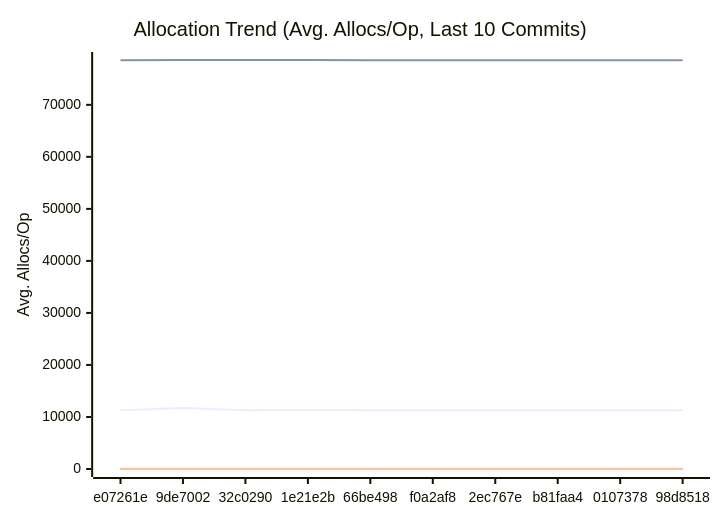
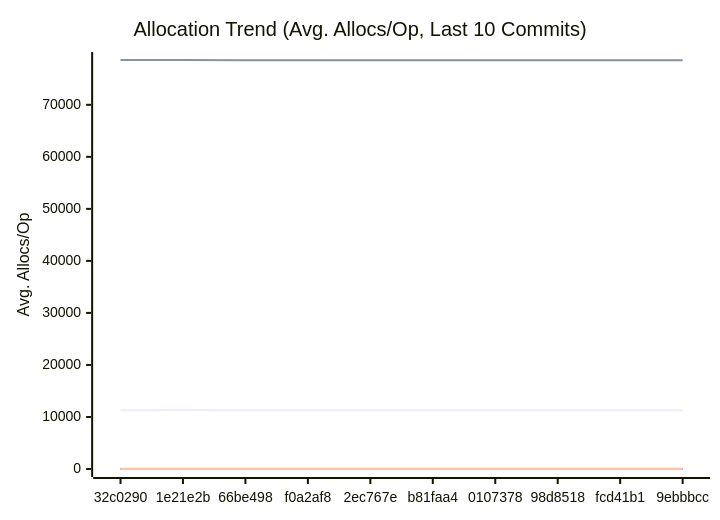
One commit to alsotoes/momo changed the third of 3 diagrams in docs/PERFORMANCE.md. Above: the diagram before and after it, drawn with Mermaid. The commit also changed other lines of this file and 4 other files, not shown here.

````diff
--- a/docs/PERFORMANCE.md
+++ b/docs/PERFORMANCE.md
@@ -197,20 +197,20 @@
 ```mermaid
 xychart-beta
     title "Allocation Trend (Avg. Allocs/Op, Last 10 Commits)"
     x-axis "Commit"
     y-axis "Avg. Allocs/Op"
-    x-axis [e07261e,9de7002,32c0290,1e21e2b,66be498,f0a2af8,2ec767e,b81faa4,0107378,98d8518]
-    line "AWSChunkedReaderSigned" [11316,11705,11290,11320,11284,11279,11295,11290,11295,11316]
-    line "AWSChunkedReaderUnsigned" [78590,78616,78594,78612,78570,78565,78569,78578,78577,78586]
+    x-axis [32c0290,1e21e2b,66be498,f0a2af8,2ec767e,b81faa4,0107378,98d8518,fcd41b1,9ebbbcc]
+    line "AWSChunkedReaderSigned" [11290,11320,11284,11279,11295,11290,11295,11316,11296,11289]
+    line "AWSChunkedReaderUnsigned" [78594,78612,78570,78565,78569,78578,78577,78586,78573,78580]
     line "CheckMetricsAndSwap" [0,0,0,0,0,0,0,0,0,0]
     line "CrushOptimized" [0,0,0,0,0,0,0,0,0,0]
     line "CrushOriginal" [3,3,3,3,3,3,3,3,3,3]
     line "IndexDirectTracking" [0,0,0,0,0,0,0,0,0,0]
     line "IndexSearch" [0,0,0,0,0,0,0,0,0,0]
     line "LoadGlobalConfig" [46,46,46,46,46,46,46,46,46,46]
     line "PadString" [1,1,1,1,1,1,1,1,1,1]
     line "ParseReplicationOrder_NoPrealloc" [6,6,6,6,6,5,5,5,5,5]
     line "ParseReplicationOrder_Prealloc" [2,2,2,2,2,1,1,1,1,1]
     line "SanitizeLog/Safe" [0,0,0,0,0,0,0,0,0,0]
     line "SanitizeLog/Unsafe" [1,1,1,1,1,1,1,1,1,1]
 ```
````
